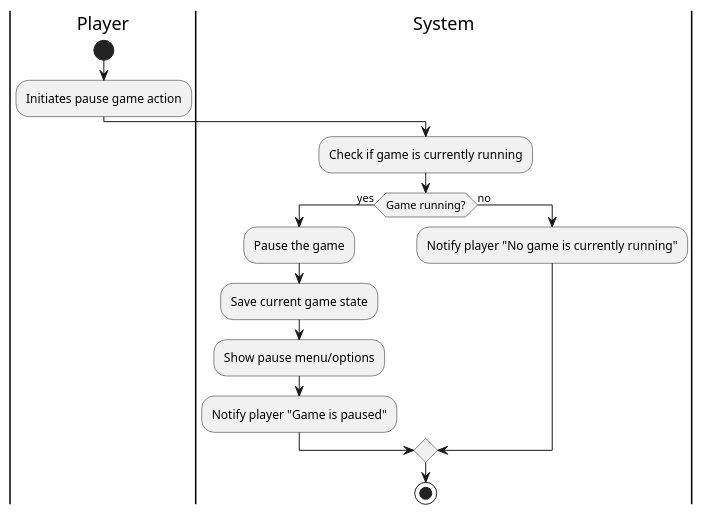
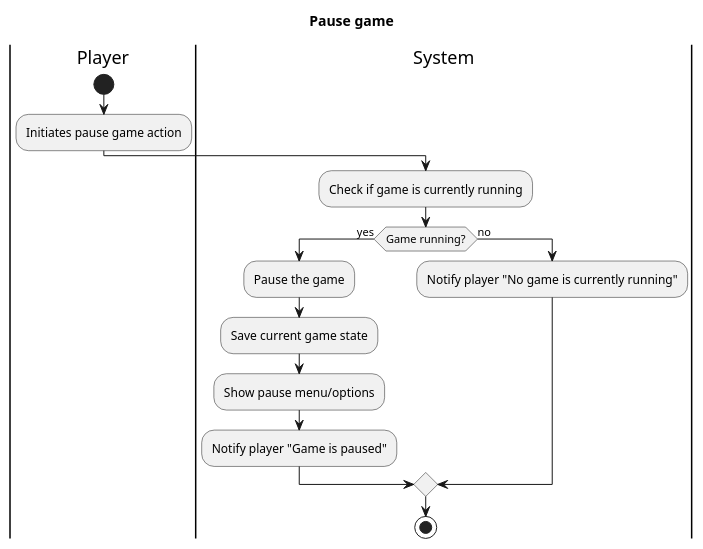
The diagram in Activity Diagram/pauseGame.pu (babobi161504/Diagram-Chess-Game), drawn with PlantUML before and after one commit. The commit also changed 19 other files, not shown here.

Commit message:
Nghia | fix activity, class diagram and add images

```diff
--- a/Activity Diagram/pauseGame.pu
+++ b/Activity Diagram/pauseGame.pu
@@ -1,17 +1,18 @@
 @startuml pauseGame
+title "Pause game"
 |Player|
 start
 :Initiates pause game action;
 
 |System|
 :Check if game is currently running;
 if (Game running?) then (yes)
     :Pause the game;
     :Save current game state;
     :Show pause menu/options;
     :Notify player "Game is paused";
 else (no)
     :Notify player "No game is currently running";
 endif
 stop
 @enduml
```
